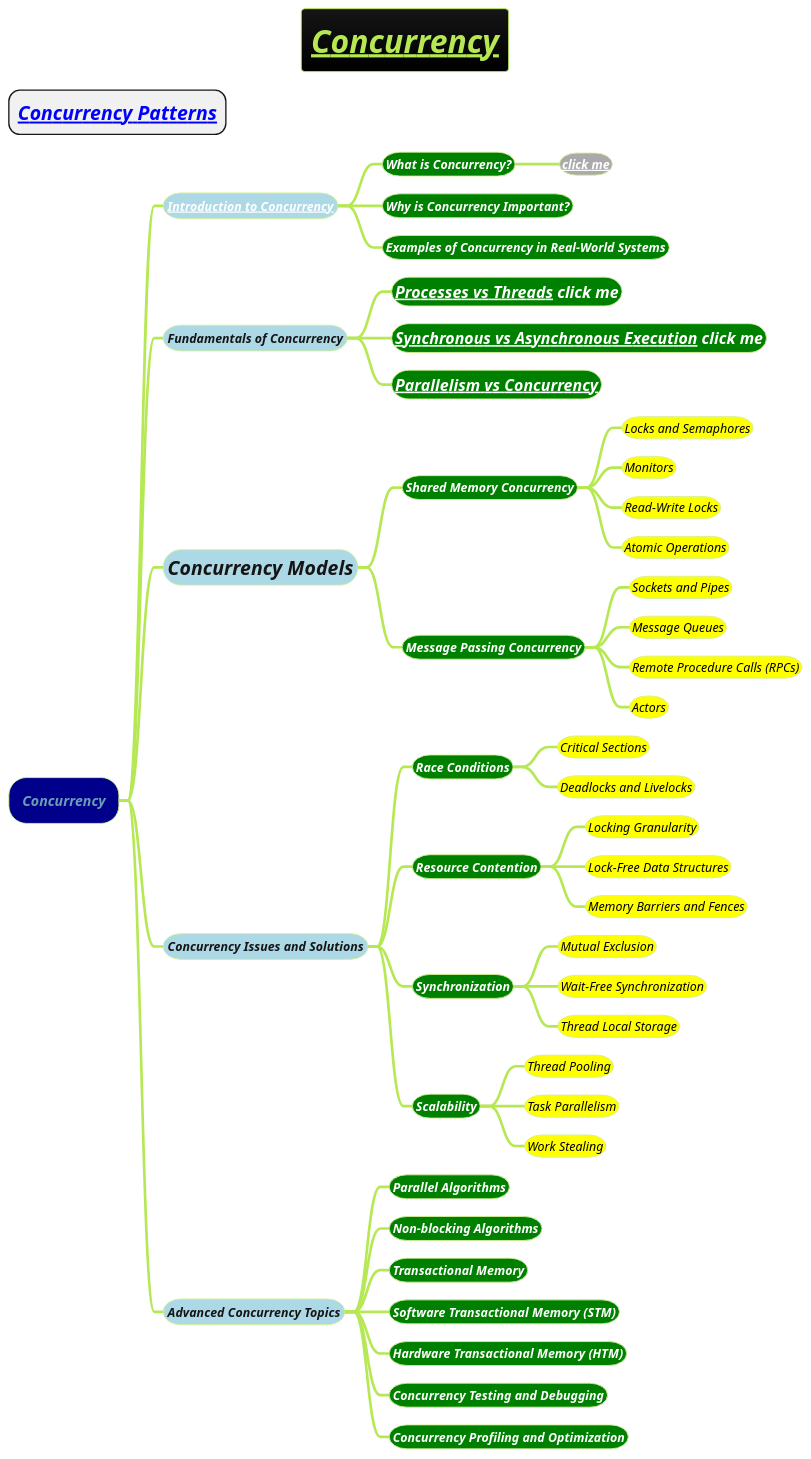
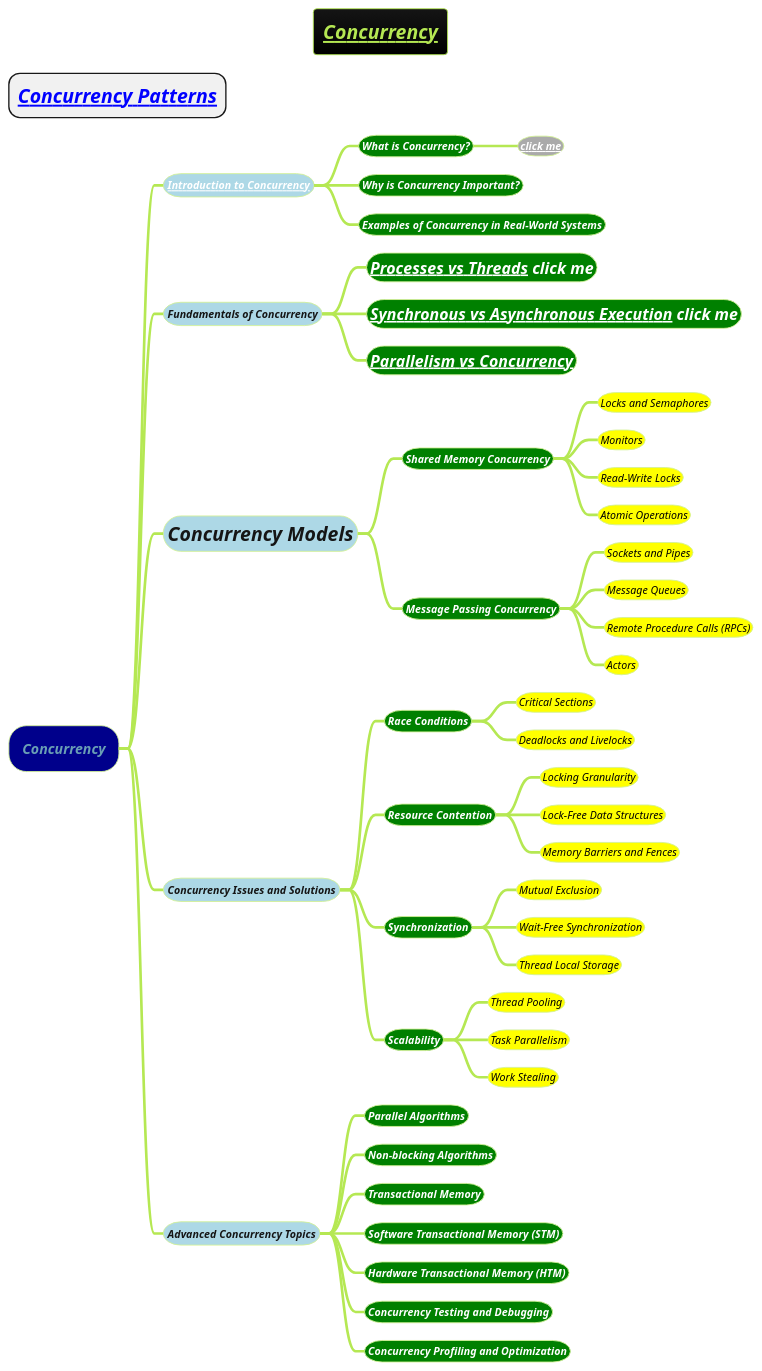
One commit to MehmoodHashmi/Documentation-as-Code-DaC changed the diagram in docs/3-programming-languages/Venkat-Subramaniam/Concurrency-and-Parallelism/Concurrency.puml. Above: the diagram before and after it, drawn with PlantUML. The commit also changed 1 other file, not shown here.

Commit message:
Updated existing documents & images

```diff
--- a/docs/3-programming-languages/Venkat-Subramaniam/Concurrency-and-Parallelism/Concurrency.puml
+++ b/docs/3-programming-languages/Venkat-Subramaniam/Concurrency-and-Parallelism/Concurrency.puml
@@ -1,51 +1,51 @@
 @startmindmap
-title =<i><b><u>Concurrency
+title =<i><b><u><size:18>Concurrency
 * =<i>[[Concurrency-Patterns.puml Concurrency Patterns]]
 !theme hacker
 
 *[#darkblue] <i>Concurrency
-**[#lightblue] <i><color #blac><size:14>[[docs/3-programming-languages/Venkat-Subramaniam/Concurrency-and-Parallelism/images/img_1.png Introduction to Concurrency]]
-***[#green] <b><i><color #white><size:14>What is Concurrency?
-****[#a] <b><i><color #black><size:14>[[docs/3-programming-languages/Venkat-Subramaniam/Concurrency-and-Parallelism/images/img_1.png click me]]
-***[#green] <b><i><color #white><size:14>Why is Concurrency Important?
-***[#green] <b><i><color #white><size:14>Examples of Concurrency in Real-World Systems
-**[#lightblue] <i><color #blac><size:14>Fundamentals of Concurrency
+**[#lightblue] <i><color #blac><size:12>[[docs/3-programming-languages/Venkat-Subramaniam/Concurrency-and-Parallelism/images/img_1.png Introduction to Concurrency]]
+***[#green] <b><i><color #white><size:12>What is Concurrency?
+****[#a] <b><i><color #black><size:12>[[docs/3-programming-languages/Venkat-Subramaniam/Concurrency-and-Parallelism/images/img_1.png click me]]
+***[#green] <b><i><color #white><size:12>Why is Concurrency Important?
+***[#green] <b><i><color #white><size:12>Examples of Concurrency in Real-World Systems
+**[#lightblue] <i><color #blac><size:12>Fundamentals of Concurrency
 ***[#green] <b><i><color #white><size:18>[[docs/3-programming-languages/Venkat-Subramaniam/Threads.puml Processes vs Threads]] click me
 ***[#green] <b><i><color #white><size:18>[[docs/3-programming-languages/Venkat-Subramaniam/gif/synchronous-vs-asynchronous.adoc Synchronous vs Asynchronous Execution]] click me
 ***[#green] <b><i><color #white><size:18>[[docs/3-programming-languages/Venkat-Subramaniam/gif/Multi-threading-vs-Multi-processing-programming.adoc Parallelism vs Concurrency]]
 **[#lightblue] <i><color #blac><size:22>Concurrency Models
-***[#green] <b><i><color #white><size:14>Shared Memory Concurrency
-****[#yellow] <i><color #black><size:14>Locks and Semaphores
-****[#yellow] <i><color #black><size:14>Monitors
-****[#yellow] <i><color #black><size:14>Read-Write Locks
-****[#yellow] <i><color #black><size:14>Atomic Operations
-***[#green] <b><i><color #white><size:14>Message Passing Concurrency
-****[#yellow] <i><color #black><size:14>Sockets and Pipes
-****[#yellow] <i><color #black><size:14>Message Queues
-****[#yellow] <i><color #black><size:14>Remote Procedure Calls (RPCs)
-****[#yellow] <i><color #black><size:14>Actors
-**[#lightblue] <i><color #blac><size:14>Concurrency Issues and Solutions
-***[#green] <b><i><color #white><size:14>Race Conditions
-****[#yellow] <i><color #black><size:14>Critical Sections
-****[#yellow] <i><color #black><size:14>Deadlocks and Livelocks
-***[#green] <b><i><color #white><size:14>Resource Contention
-****[#yellow] <i><color #black><size:14>Locking Granularity
-****[#yellow] <i><color #black><size:14>Lock-Free Data Structures
-****[#yellow] <i><color #black><size:14>Memory Barriers and Fences
-***[#green] <b><i><color #white><size:14>Synchronization
-****[#yellow] <i><color #black><size:14>Mutual Exclusion
-****[#yellow] <i><color #black><size:14>Wait-Free Synchronization
-****[#yellow] <i><color #black><size:14>Thread Local Storage
-***[#green] <b><i><color #white><size:14>Scalability
-****[#yellow] <i><color #black><size:14>Thread Pooling
-****[#yellow] <i><color #black><size:14>Task Parallelism
-****[#yellow] <i><color #black><size:14>Work Stealing
-**[#lightblue] <i><color #blac><size:14>Advanced Concurrency Topics
-***[#green] <b><i><color #white><size:14>Parallel Algorithms
-***[#green] <b><i><color #white><size:14>Non-blocking Algorithms
-***[#green] <b><i><color #white><size:14>Transactional Memory
-***[#green] <b><i><color #white><size:14>Software Transactional Memory (STM)
-***[#green] <b><i><color #white><size:14>Hardware Transactional Memory (HTM)
-***[#green] <b><i><color #white><size:14>Concurrency Testing and Debugging
-***[#green] <b><i><color #white><size:14>Concurrency Profiling and Optimization
+***[#green] <b><i><color #white><size:12>Shared Memory Concurrency
+****[#yellow] <i><color #black><size:12>Locks and Semaphores
+****[#yellow] <i><color #black><size:12>Monitors
+****[#yellow] <i><color #black><size:12>Read-Write Locks
+****[#yellow] <i><color #black><size:12>Atomic Operations
+***[#green] <b><i><color #white><size:12>Message Passing Concurrency
+****[#yellow] <i><color #black><size:12>Sockets and Pipes
+****[#yellow] <i><color #black><size:12>Message Queues
+****[#yellow] <i><color #black><size:12>Remote Procedure Calls (RPCs)
+****[#yellow] <i><color #black><size:12>Actors
+**[#lightblue] <i><color #blac><size:12>Concurrency Issues and Solutions
+***[#green] <b><i><color #white><size:12>Race Conditions
+****[#yellow] <i><color #black><size:12>Critical Sections
+****[#yellow] <i><color #black><size:12>Deadlocks and Livelocks
+***[#green] <b><i><color #white><size:12>Resource Contention
+****[#yellow] <i><color #black><size:12>Locking Granularity
+****[#yellow] <i><color #black><size:12>Lock-Free Data Structures
+****[#yellow] <i><color #black><size:12>Memory Barriers and Fences
+***[#green] <b><i><color #white><size:12>Synchronization
+****[#yellow] <i><color #black><size:12>Mutual Exclusion
+****[#yellow] <i><color #black><size:12>Wait-Free Synchronization
+****[#yellow] <i><color #black><size:12>Thread Local Storage
+***[#green] <b><i><color #white><size:12>Scalability
+****[#yellow] <i><color #black><size:12>Thread Pooling
+****[#yellow] <i><color #black><size:12>Task Parallelism
+****[#yellow] <i><color #black><size:12>Work Stealing
+**[#lightblue] <i><color #blac><size:12>Advanced Concurrency Topics
+***[#green] <b><i><color #white><size:12>Parallel Algorithms
+***[#green] <b><i><color #white><size:12>Non-blocking Algorithms
+***[#green] <b><i><color #white><size:12>Transactional Memory
+***[#green] <b><i><color #white><size:12>Software Transactional Memory (STM)
+***[#green] <b><i><color #white><size:12>Hardware Transactional Memory (HTM)
+***[#green] <b><i><color #white><size:12>Concurrency Testing and Debugging
+***[#green] <b><i><color #white><size:12>Concurrency Profiling and Optimization
 @endmindmap
```
